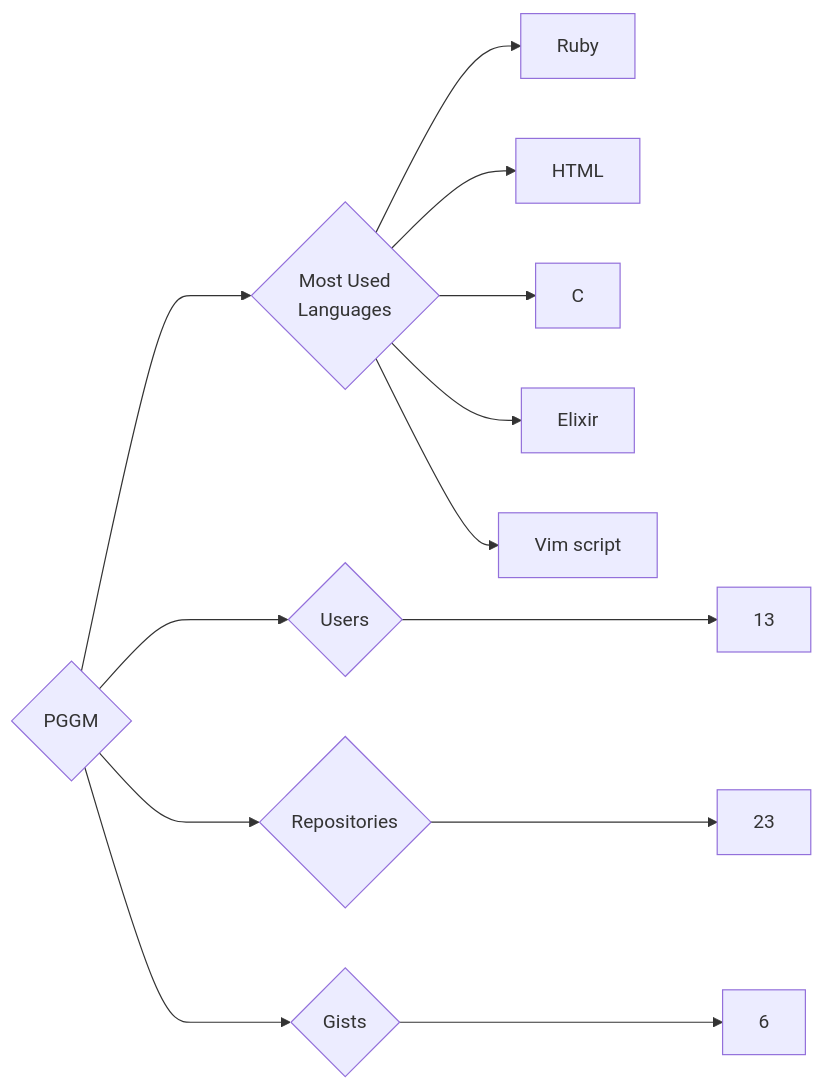
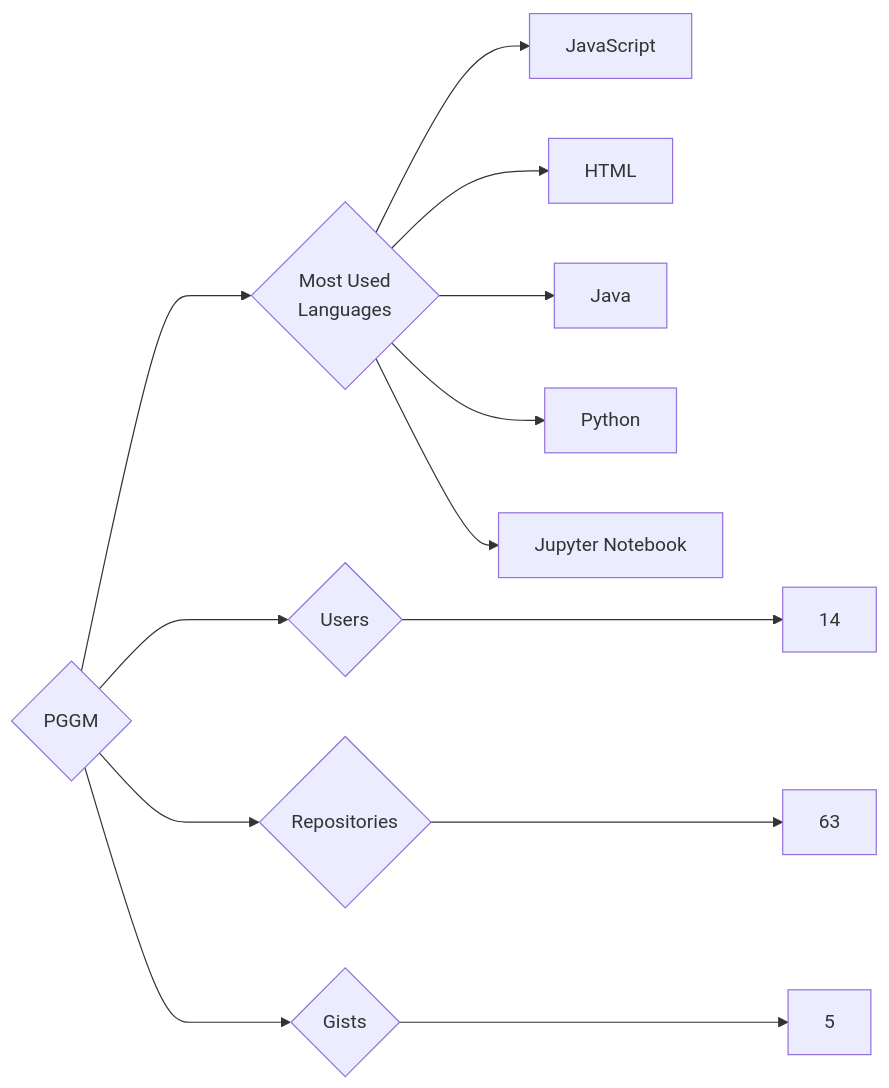
The diagram in targets/PGGM/README.md (trickest/insiders), drawn with Mermaid before and after one commit. The commit also changed 976 other files, not shown here.

````diff
--- a/targets/PGGM/README.md
+++ b/targets/PGGM/README.md
@@ -3,13 +3,13 @@
 ```mermaid
 graph LR
 COMPANY_NAME{PGGM}
-COMPANY_NAME ---> U{Users} ---> UN[13]
-COMPANY_NAME ---> R{Repositories} ---> RN[23]
-COMPANY_NAME ---> G{Gists} ---> GN[6]
+COMPANY_NAME ---> U{Users} ---> UN[14]
+COMPANY_NAME ---> R{Repositories} ---> RN[63]
+COMPANY_NAME ---> G{Gists} ---> GN[5]
 COMPANY_NAME ---> ML{Most Used<br>Languages}
-ML --> Ruby[Ruby]
+ML --> JavaScript[JavaScript]
 ML --> HTML[HTML]
-ML --> C[C]
-ML --> Elixir[Elixir]
-ML --> Vim_script[Vim script]
+ML --> Java[Java]
+ML --> Python[Python]
+ML --> Jupyter_Notebook[Jupyter Notebook]
 ```
````
